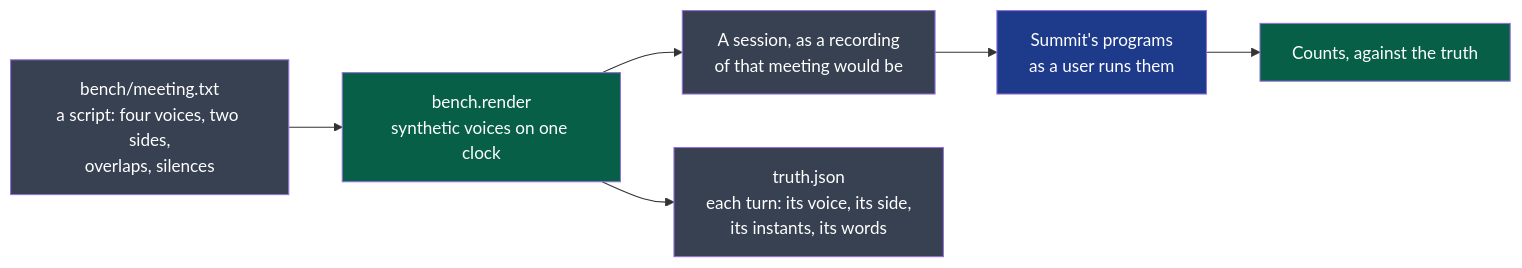
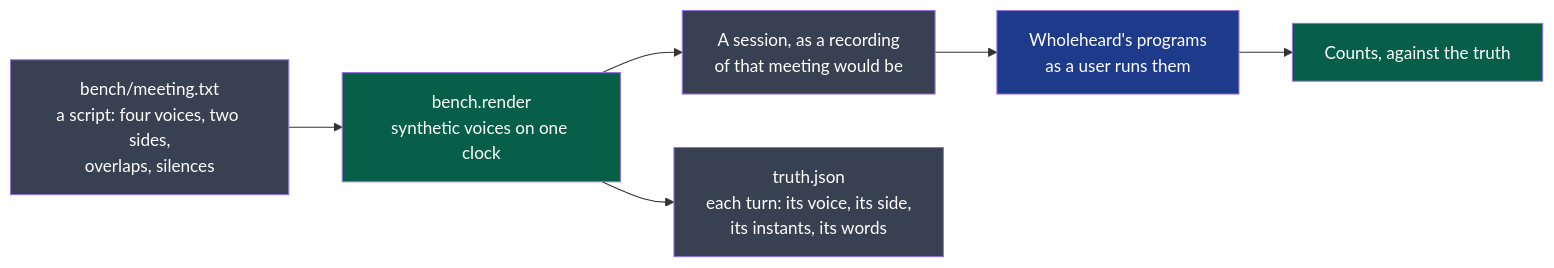
The diagram in modules/platform/README.md (NapkinStack/wholeheard), drawn with Mermaid before and after one commit. The commit also changed other lines of this file and 7 other files, not shown here.

````diff
--- a/modules/platform/README.md
+++ b/modules/platform/README.md
@@ -9,12 +9,12 @@
 ```mermaid
 flowchart LR
     S["bench/meeting.txt<br/>a script: four voices, two sides,<br/>overlaps, silences"]:::file --> R["bench.render<br/>synthetic voices on one clock"]:::mod
     R --> A["A session, as a recording<br/>of that meeting would be"]:::file
     R --> T["truth.json<br/>each turn: its voice, its side,<br/>its instants, its words"]:::file
-    A --> P["Summit's programs<br/>as a user runs them"]:::other
+    A --> P["Wholeheard's programs<br/>as a user runs them"]:::other
     P --> C["Counts, against the truth"]:::mod
 
     classDef file fill:#374151,color:#fff
     classDef mod fill:#065f46,color:#fff
     classDef other fill:#1e3a8a,color:#fff
 ```
````
